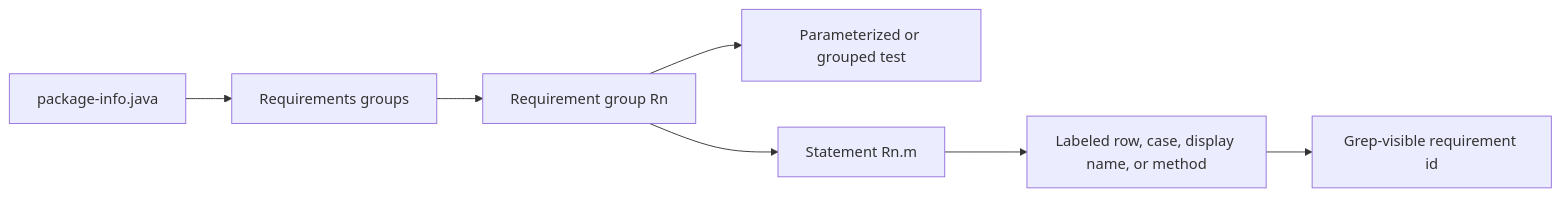
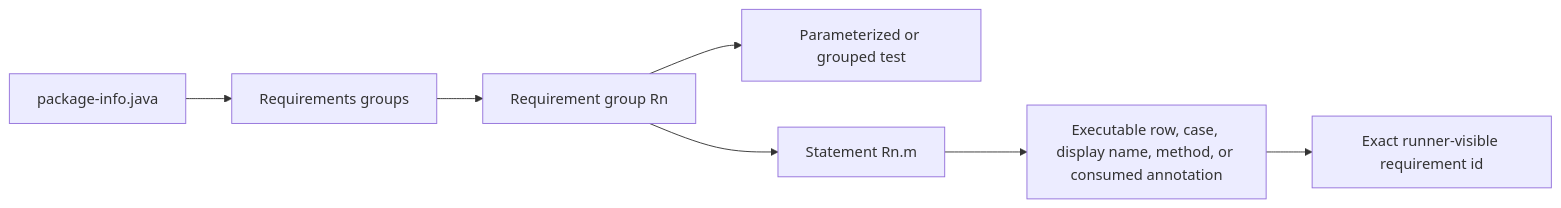
One commit to dearrudam/agent-skills-01 changed the first of 2 diagrams in skills/sdd4j-ears-tests/README.md. Above: the diagram before and after it, drawn with Mermaid. The commit also changed other lines of this file and 2 other files, not shown here.

````diff
--- a/skills/sdd4j-ears-tests/README.md
+++ b/skills/sdd4j-ears-tests/README.md
@@ -11,9 +11,9 @@
 ```mermaid
 flowchart LR
   A[package-info.java] --> B[Requirements groups]
   B --> C[Requirement group Rn]
   C --> D[Parameterized or grouped test]
   C --> E[Statement Rn.m]
-  E --> F[Labeled row, case, display name, or method]
-  F --> G[Grep-visible requirement id]
+  E --> F[Executable row, case, display name, method, or consumed annotation]
+  F --> G[Exact runner-visible requirement id]
 ```
````
